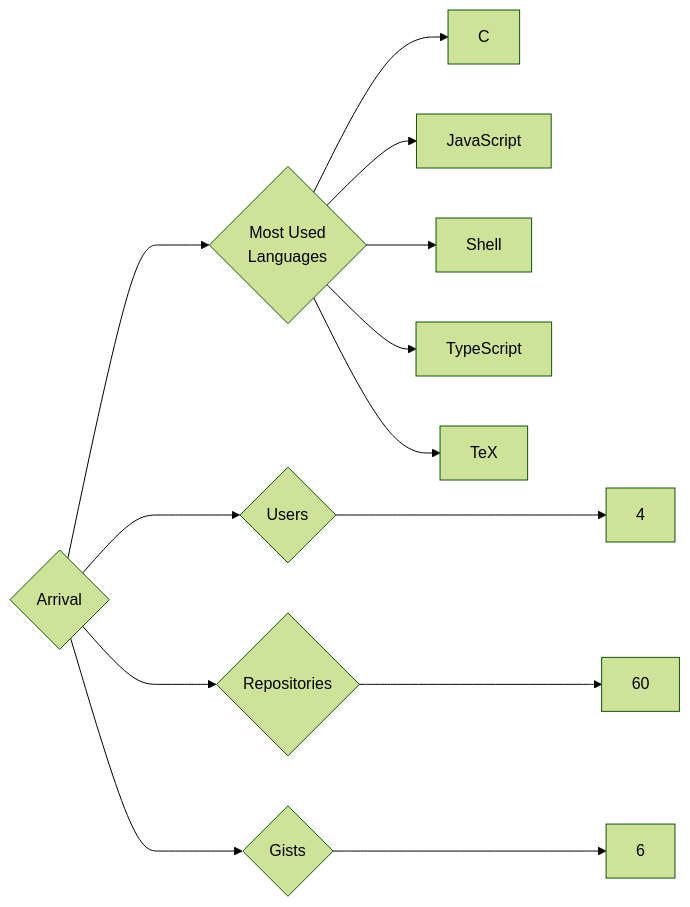
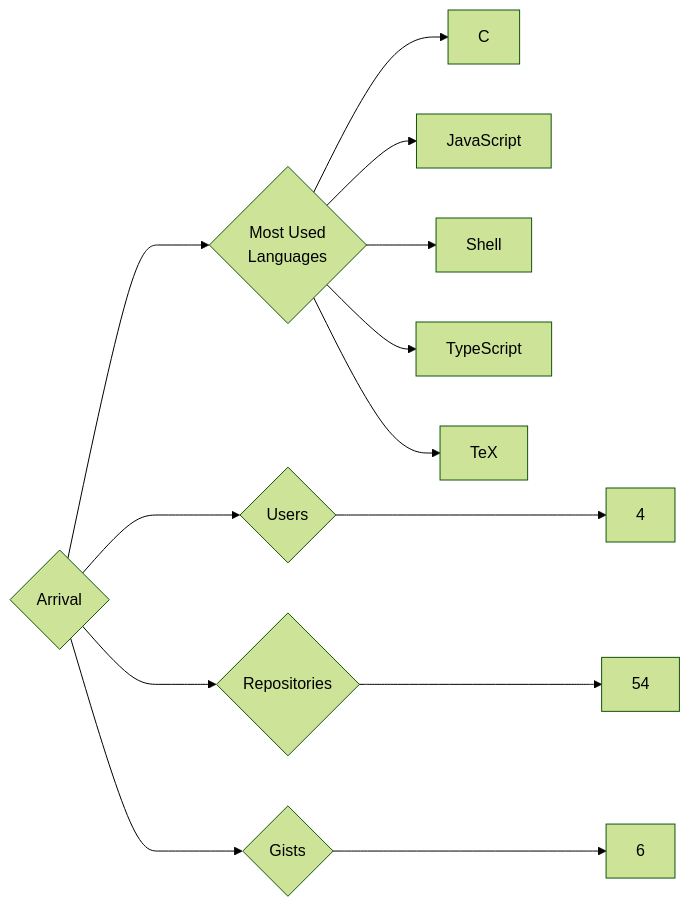
Before and after one commit to trickest/insiders: the diagram in targets/Arrival/README.md, drawn with Mermaid (forest theme). The commit also changed 997 other files, not shown here.

````diff
--- a/targets/Arrival/README.md
+++ b/targets/Arrival/README.md
@@ -3,13 +3,13 @@
 ```mermaid
 graph LR
 COMPANY_NAME{Arrival}
 COMPANY_NAME ---> U{Users} ---> UN[4]
-COMPANY_NAME ---> R{Repositories} ---> RN[60]
+COMPANY_NAME ---> R{Repositories} ---> RN[54]
 COMPANY_NAME ---> G{Gists} ---> GN[6]
 COMPANY_NAME ---> ML{Most Used<br>Languages}
 ML --> C[C]
 ML --> JavaScript[JavaScript]
 ML --> Shell[Shell]
 ML --> TypeScript[TypeScript]
 ML --> TeX[TeX]
 ```
````
